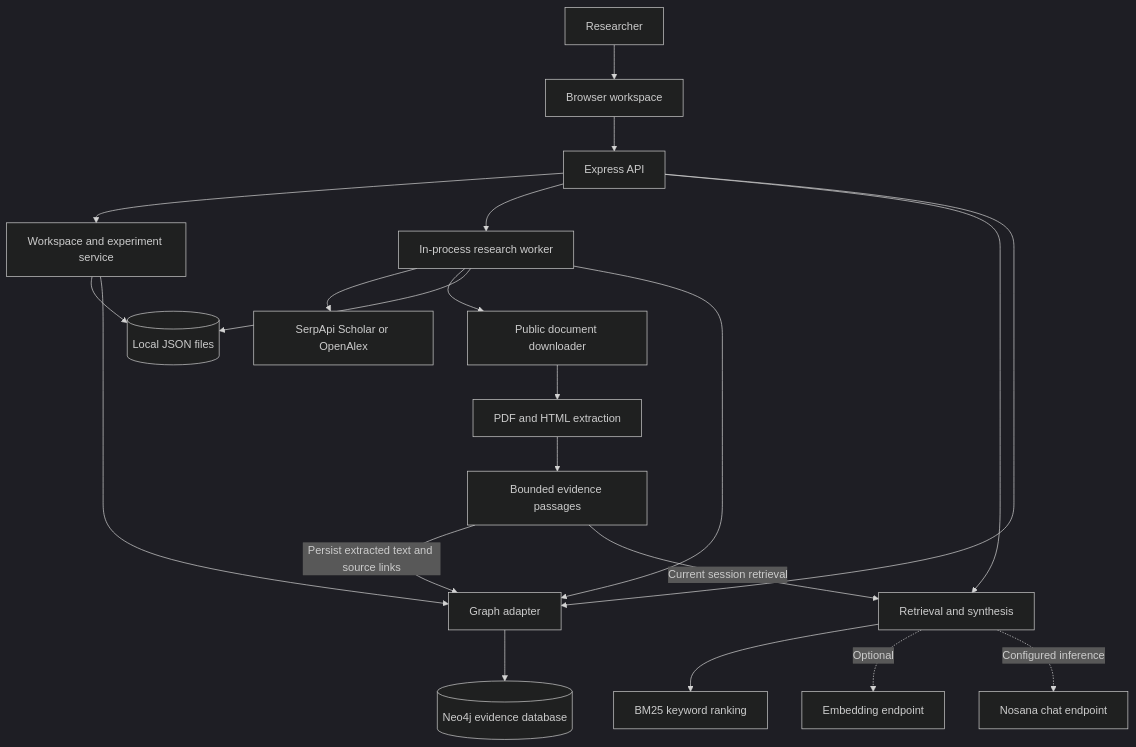
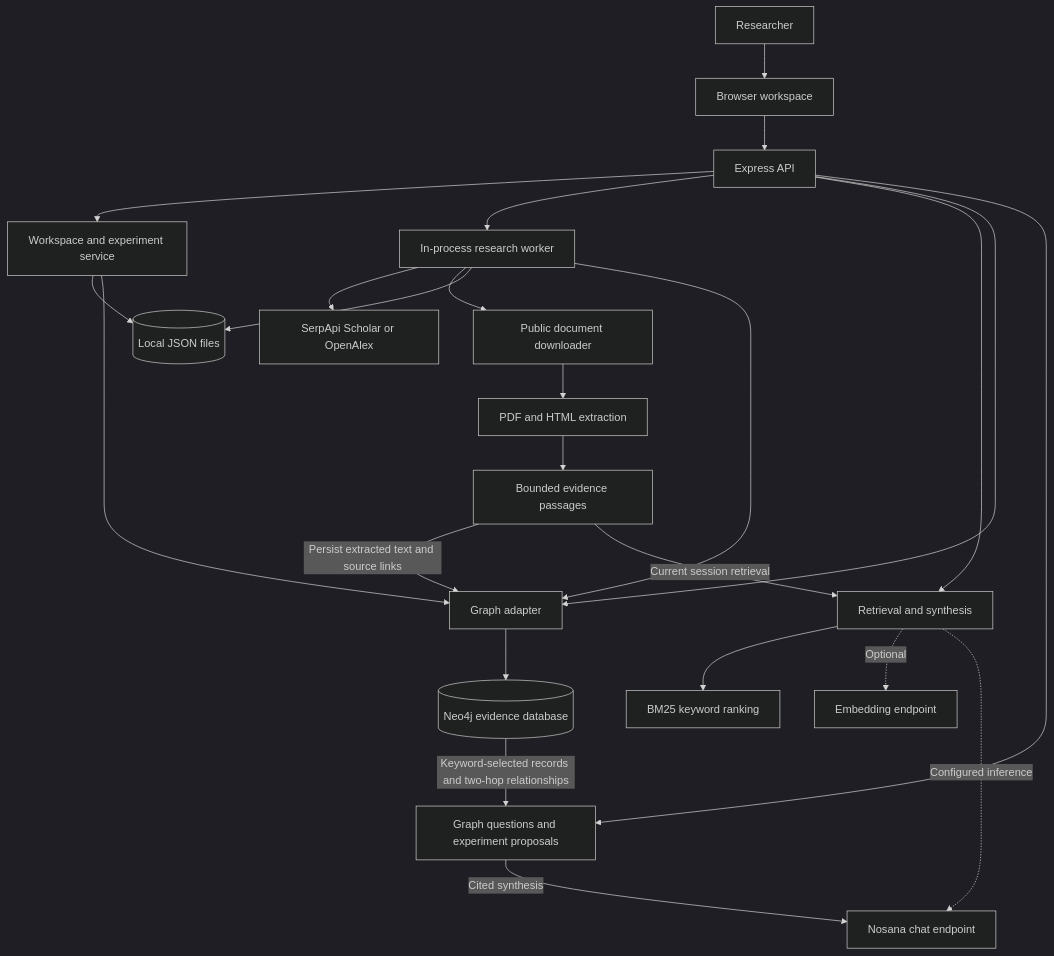
One commit to dragonheat123/PocketLab changed the first of 6 diagrams in archi.md. Above: the diagram before and after it, drawn with Mermaid (dark theme). The commit also changed other lines of this file and 22 other files, not shown here.

````diff
--- a/archi.md
+++ b/archi.md
@@ -7,23 +7,26 @@
 ```mermaid
 flowchart TB
     User[Researcher] --> UI[Browser workspace]
     UI --> API[Express API]
     API --> WS[Workspace and experiment service]
     API --> Research[In-process research worker]
     API --> Retrieval[Retrieval and synthesis]
     API --> Graph[Graph adapter]
     WS --> Local[(Local JSON files)]
     WS --> Graph
     Research --> Search[SerpApi Scholar or OpenAlex]
     Research --> Fetch[Public document downloader]
     Fetch --> Parse[PDF and HTML extraction]
     Parse --> Chunks[Bounded evidence passages]
     Chunks -->|Persist extracted text and source links| Graph
     Chunks -->|Current session retrieval| Retrieval
     Research --> Local
     Research --> Graph
     Retrieval --> BM25[BM25 keyword ranking]
     Retrieval -. Optional .-> Embed[Embedding endpoint]
     Retrieval -. Configured inference .-> Nosana[Nosana chat endpoint]
     Graph --> Neo4j[(Neo4j evidence database)]
+    API --> QA[Graph questions and experiment proposals]
+    Neo4j -->|Keyword-selected records and two-hop relationships| QA
+    QA -->|Cited synthesis| Nosana
 ```
````
